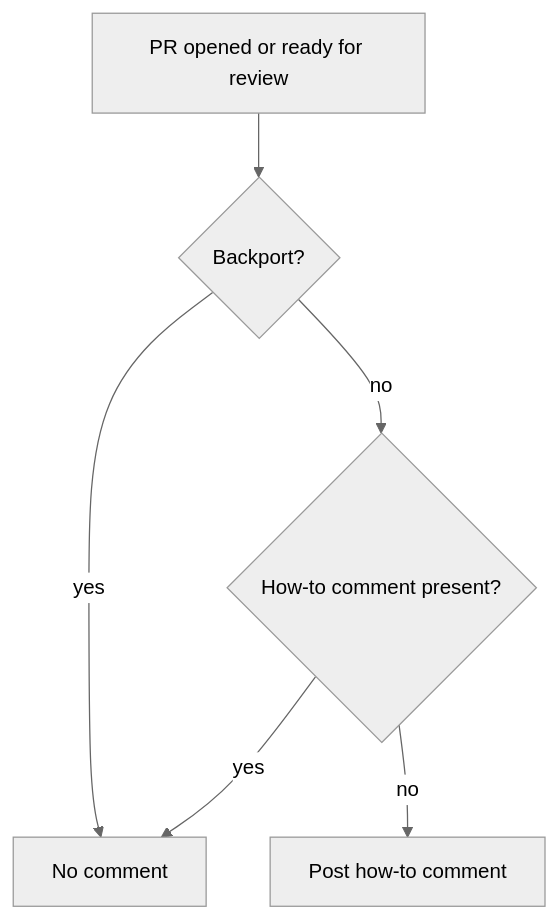
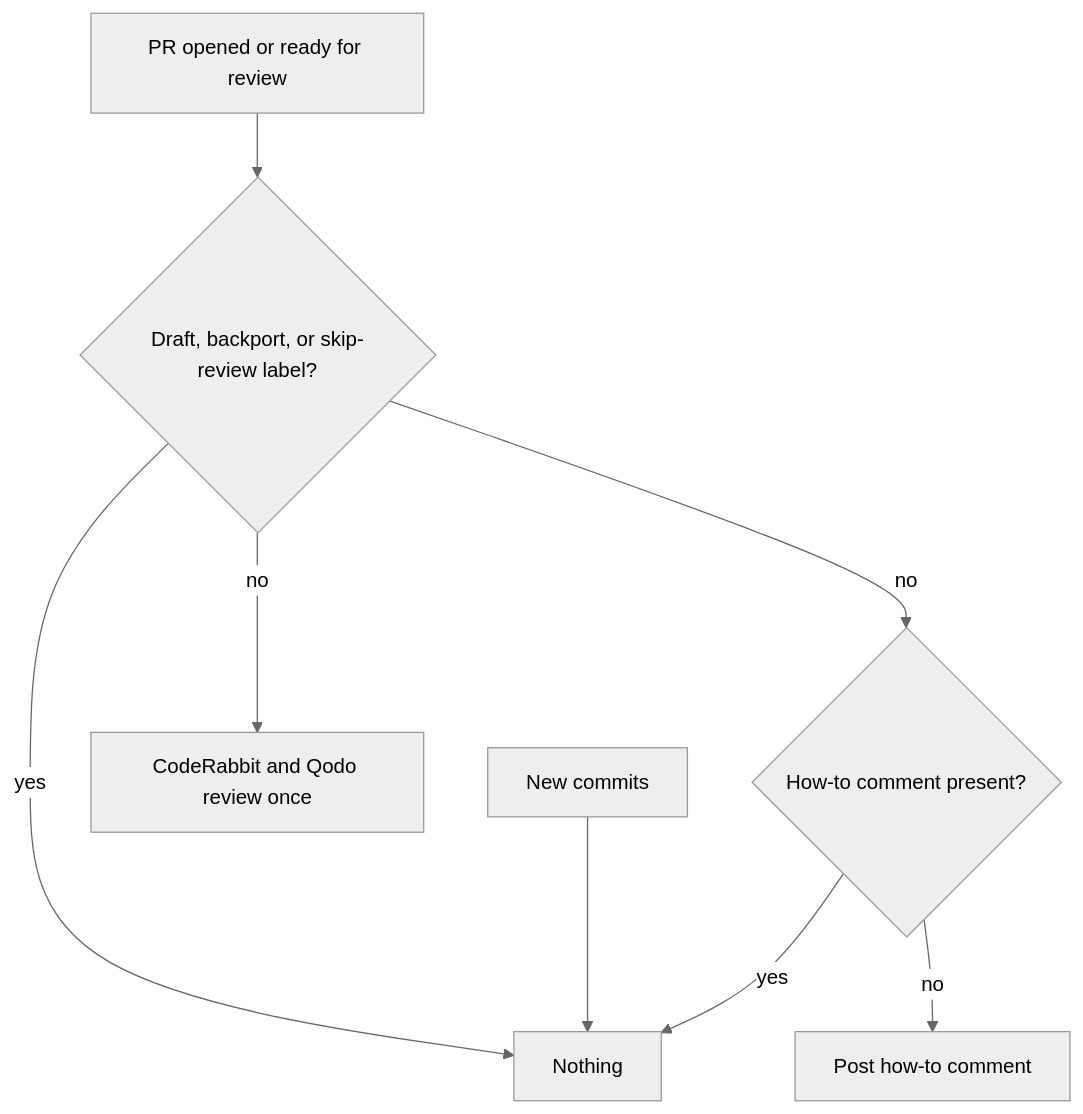
The second of 2 diagrams in docs/plans/ai-tooling/review-tools/spec.md (scylladb/scylla-cluster-tests), drawn with Mermaid (neutral theme) before and after one commit. The commit also changed other lines of this file and 4 other files, not shown here.

First line of the commit message:
ci(review): review once on open with CodeRabbit and Qodo [SCT-1393]

````diff
--- a/docs/plans/ai-tooling/review-tools/spec.md
+++ b/docs/plans/ai-tooling/review-tools/spec.md
@@ -69,8 +70,10 @@
 ```mermaid
 flowchart TD
-    O[PR opened or ready for review] --> B{Backport?}
-    B -- yes --> N[No comment]
+    O[PR opened or ready for review] --> B{Draft, backport, or skip-review label?}
+    B -- yes --> N[Nothing]
+    B -- no --> R[CodeRabbit and Qodo review once]
     B -- no --> M{How-to comment present?}
     M -- yes --> N
     M -- no --> C[Post how-to comment]
+    P[New commits] --> N
 ```
````
